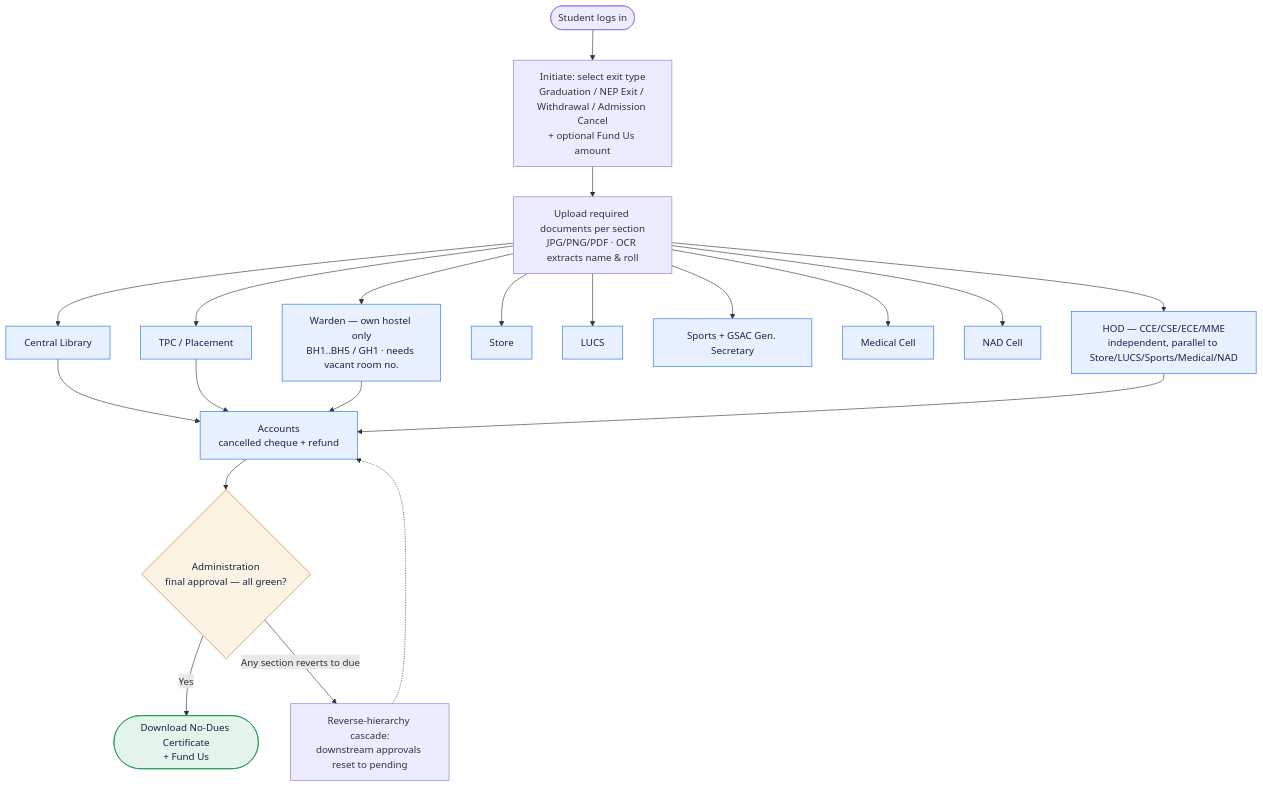
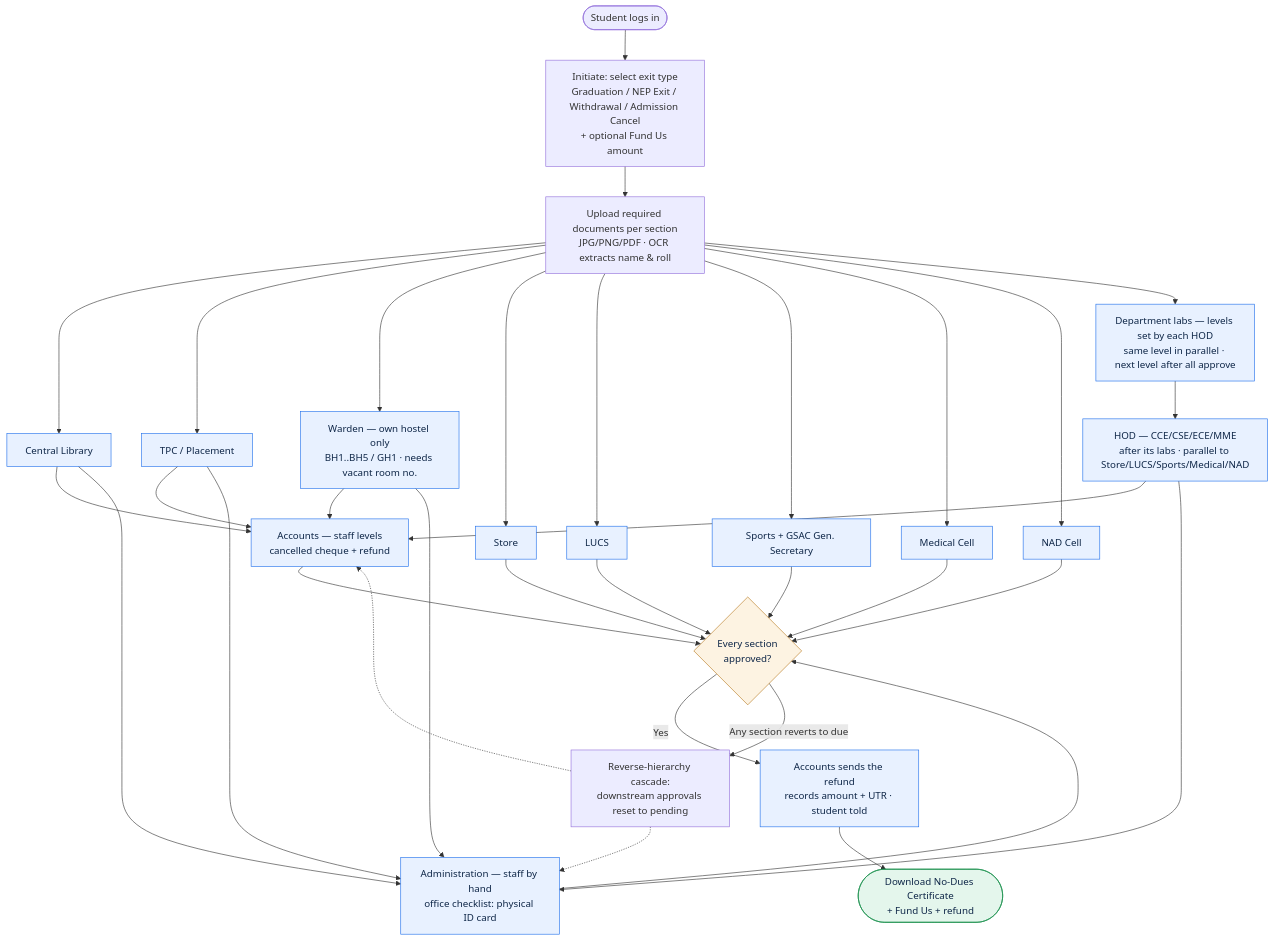
Before and after one commit to manashatwar/LNMIIT-NO-DUES-PORTAL: the first of 6 diagrams in docs/DESIGN.md, drawn with Mermaid. The commit also changed other lines of this file, not shown here.

````diff
--- a/docs/DESIGN.md
+++ b/docs/DESIGN.md
@@ -25,32 +27,45 @@
 ```mermaid
 flowchart TD
     A([Student logs in]) --> B[Initiate: select exit type<br/>Graduation / NEP Exit / Withdrawal / Admission Cancel<br/>+ optional Fund Us amount]
     B --> C[Upload required documents per section<br/>JPG/PNG/PDF · OCR extracts name & roll]
 
     C --> LIB[Central Library]
     C --> TPC[TPC / Placement]
     C --> WAR[Warden — own hostel only<br/>BH1..BH5 / GH1 · needs vacant room no.]
     C --> STO[Store]
     C --> LUCS[LUCS]
     C --> SPO[Sports + GSAC Gen. Secretary]
     C --> MED[Medical Cell]
     C --> NAD[NAD Cell]
-    C --> HOD[HOD — CCE/CSE/ECE/MME<br/>independent, parallel to Store/LUCS/Sports/Medical/NAD]
+    C --> LABS[Department labs — levels set by each HOD<br/>same level in parallel · next level after all approve]
+    LABS --> HOD[HOD — CCE/CSE/ECE/MME<br/>after its labs · parallel to Store/LUCS/Sports/Medical/NAD]
 
-    LIB --> ACC[Accounts<br/>cancelled cheque + refund]
+    LIB --> ACC[Accounts — staff levels<br/>cancelled cheque + refund]
     TPC --> ACC
     WAR --> ACC
     HOD --> ACC
+    LIB --> ADM[Administration — staff by hand<br/>office checklist: physical ID card]
+    TPC --> ADM
+    WAR --> ADM
+    HOD --> ADM
 
-    ACC --> ADM{Administration<br/>final approval — all green?}
-    ADM -->|Yes| CERT([Download No-Dues Certificate<br/>+ Fund Us])
-    ADM -->|Any section reverts to due| RC[Reverse-hierarchy cascade:<br/>downstream approvals reset to pending]
+    ACC --> ALL{Every section<br/>approved?}
+    ADM --> ALL
+    STO --> ALL
+    LUCS --> ALL
+    SPO --> ALL
+    MED --> ALL
+    NAD --> ALL
+    ALL -->|Yes| REF[Accounts sends the refund<br/>records amount + UTR · student told]
+    REF --> CERT([Download No-Dues Certificate<br/>+ Fund Us + refund])
+    ALL -->|Any section reverts to due| RC[Reverse-hierarchy cascade:<br/>downstream approvals reset to pending]
     RC -.-> ACC
+    RC -.-> ADM
 
     classDef sec fill:#e8f1ff,stroke:#1f6feb,color:#0f2748;
     classDef gate fill:#fdf3e2,stroke:#b7791f,color:#0f2748;
     classDef done fill:#e4f6ec,stroke:#1a8f4c,color:#0f2748;
-    class LIB,TPC,WAR,STO,LUCS,SPO,MED,NAD,HOD,ACC sec;
-    class ADM gate;
+    class LIB,TPC,WAR,STO,LUCS,SPO,MED,NAD,LABS,HOD,ACC,ADM,REF sec;
+    class ALL gate;
     class CERT done;
 ```
````
